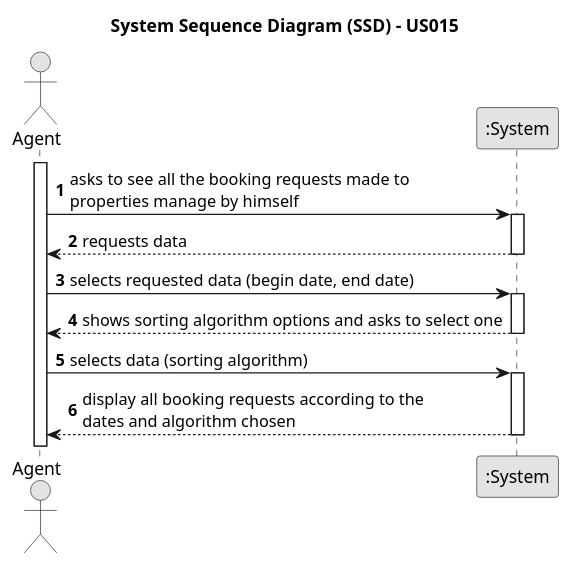
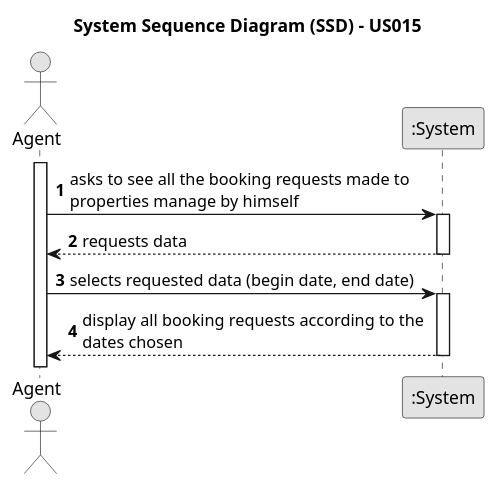
Before and after one commit to rita-barbosa/LAPR2-2223: the diagram in docs/sprintD/us015/01.requirements-engineering/puml/us015-system-sequence-diagram.puml, drawn with PlantUML. The commit also changed 1 other file, not shown here.

```diff
--- a/docs/sprintD/us015/01.requirements-engineering/puml/us015-system-sequence-diagram.puml
+++ b/docs/sprintD/us015/01.requirements-engineering/puml/us015-system-sequence-diagram.puml
@@ -1,35 +1,36 @@
 @startuml
 skinparam monochrome true
 skinparam packageStyle rectangle
 skinparam shadowing false
 
 title System Sequence Diagram (SSD) - US015
 
 autonumber
 
 actor "Agent" as Agent
 participant ":System" as System
 
 activate Agent
 
     Agent -> System : asks to see all the booking requests made to \nproperties manage by himself
     activate System
 
     System --> Agent : requests data
     deactivate System
 
     Agent -> System : selects requested data (begin date, end date)
     'types
     activate System
 
-    System --> Agent : shows sorting algorithm options and asks to select one
-'   sorting algorithm
-    deactivate System
+'    System --> Agent : shows sorting algorithm options and asks to select one
+''   sorting algorithm
+'    deactivate System
+'
+'    Agent -> System : selects data (sorting algorithm)
+'    activate System
 
-    Agent -> System : selects data (sorting algorithm)
-    activate System
-
-    System --> Agent : display all booking requests according to the \ndates and algorithm chosen
+    System --> Agent : display all booking requests according to the \ndates chosen
+'    and algorithm chosen
     deactivate System
 
 @enduml
```
